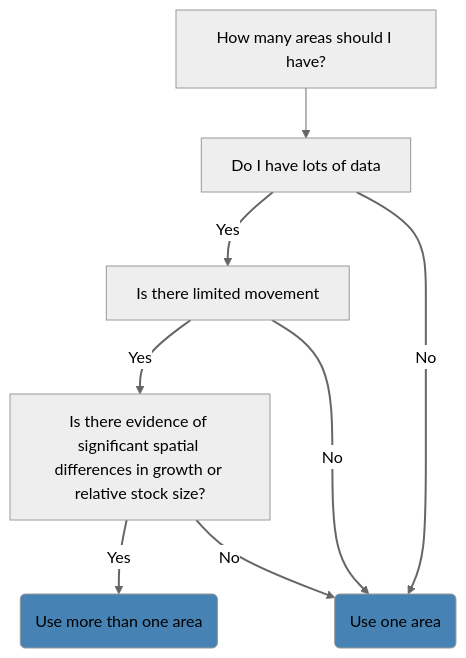
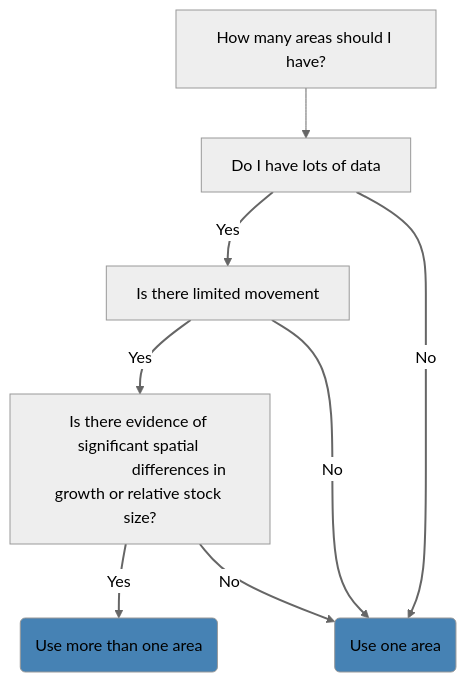
One commit to nmfs-ost/ss3-website changed the first of 6 diagrams in website/qmds/ss3_setup_decisions.qmd. Above: the diagram before and after it, drawn with Mermaid (neutral theme). The commit also changed other lines of this file and 1 other file, not shown here.

````diff
--- a/website/qmds/ss3_setup_decisions.qmd
+++ b/website/qmds/ss3_setup_decisions.qmd
@@ -11,13 +11,14 @@
 ```{mermaid}
 flowchart TB
     A["How many areas should I have?"] --> B["Do I have lots of data"]
     B -- Yes --> C["Is there limited movement"]
-    C -- Yes --> D["Is there evidence of significant spatial differences in growth or relative stock size?"]
+    C -- Yes --> D["Is there evidence of significant spatial 
+                    differences in growth or relative stock size?"]
     D -- Yes --> E("Use more than one area")
     B -- No --> F("Use one area")
     C -- No --> F
     D -- No --> F
     linkStyle 1,2,3,4,5,6 stroke-width:2px,color:black
     style F fill:steelblue
     style E fill:steelblue
 ```
````
